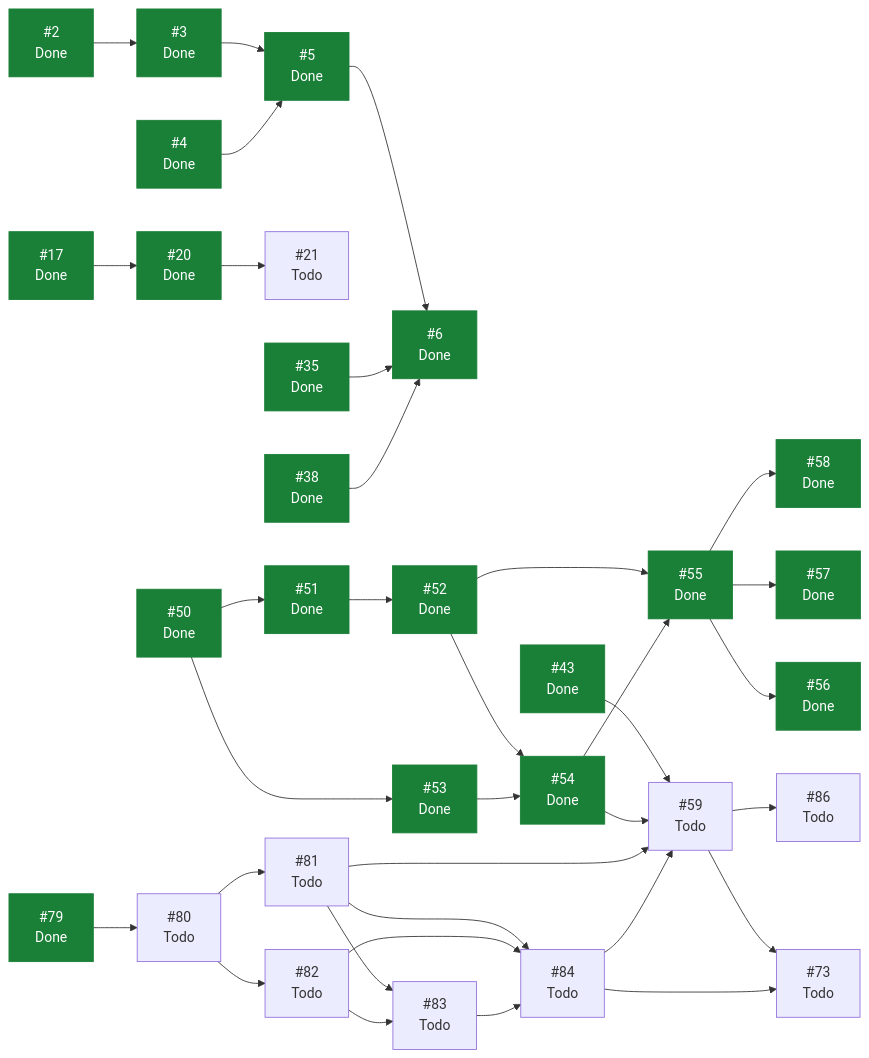
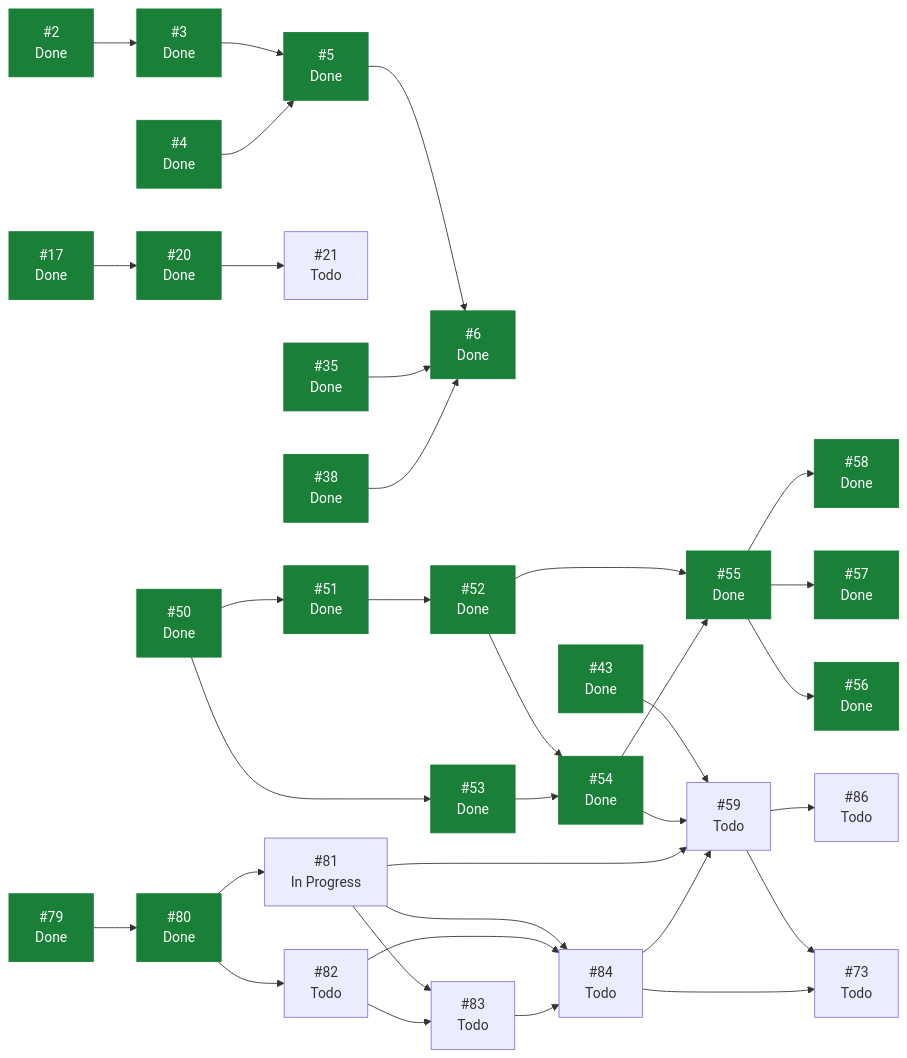
One commit to ecamp0s/evault changed the diagram in docs/planning/STATUS.md. Above: the diagram before and after it, drawn with Mermaid. The commit also changed other lines of this file, not shown here.

````diff
--- a/docs/planning/STATUS.md
+++ b/docs/planning/STATUS.md
@@ -100,67 +101,67 @@
 ```mermaid
 graph LR
   I2["#2<br/>Done"]
   I3["#3<br/>Done"]
   I4["#4<br/>Done"]
   I5["#5<br/>Done"]
   I6["#6<br/>Done"]
   I17["#17<br/>Done"]
   I20["#20<br/>Done"]
   I21["#21<br/>Todo"]
   I35["#35<br/>Done"]
   I38["#38<br/>Done"]
   I43["#43<br/>Done"]
   I50["#50<br/>Done"]
   I51["#51<br/>Done"]
   I52["#52<br/>Done"]
   I53["#53<br/>Done"]
   I54["#54<br/>Done"]
   I55["#55<br/>Done"]
   I56["#56<br/>Done"]
   I57["#57<br/>Done"]
   I58["#58<br/>Done"]
   I59["#59<br/>Todo"]
   I73["#73<br/>Todo"]
   I79["#79<br/>Done"]
-  I80["#80<br/>Todo"]
-  I81["#81<br/>Todo"]
+  I80["#80<br/>Done"]
+  I81["#81<br/>In Progress"]
   I82["#82<br/>Todo"]
   I83["#83<br/>Todo"]
   I84["#84<br/>Todo"]
   I86["#86<br/>Todo"]
   I2 --> I3
   I3 --> I5
   I4 --> I5
   I5 --> I6
   I17 --> I20
   I20 --> I21
   I35 --> I6
   I38 --> I6
   I43 --> I59
   I50 --> I51
   I50 --> I53
   I51 --> I52
   I52 --> I54
   I52 --> I55
   I53 --> I54
   I54 --> I55
   I54 --> I59
   I55 --> I56
   I55 --> I57
   I55 --> I58
   I59 --> I73
   I59 --> I86
   I79 --> I80
   I80 --> I81
   I80 --> I82
   I81 --> I59
   I81 --> I83
   I81 --> I84
   I82 --> I83
   I82 --> I84
   I83 --> I84
   I84 --> I59
   I84 --> I73
   classDef hecho fill:#1a7f37,stroke:#1a7f37,color:#fff;
-  class I2,I3,I4,I5,I6,I17,I20,I35,I38,I43,I50,I51,I52,I53,I54,I55,I56,I57,I58,I79 hecho;
+  class I2,I3,I4,I5,I6,I17,I20,I35,I38,I43,I50,I51,I52,I53,I54,I55,I56,I57,I58,I79,I80 hecho;
 ```
````
